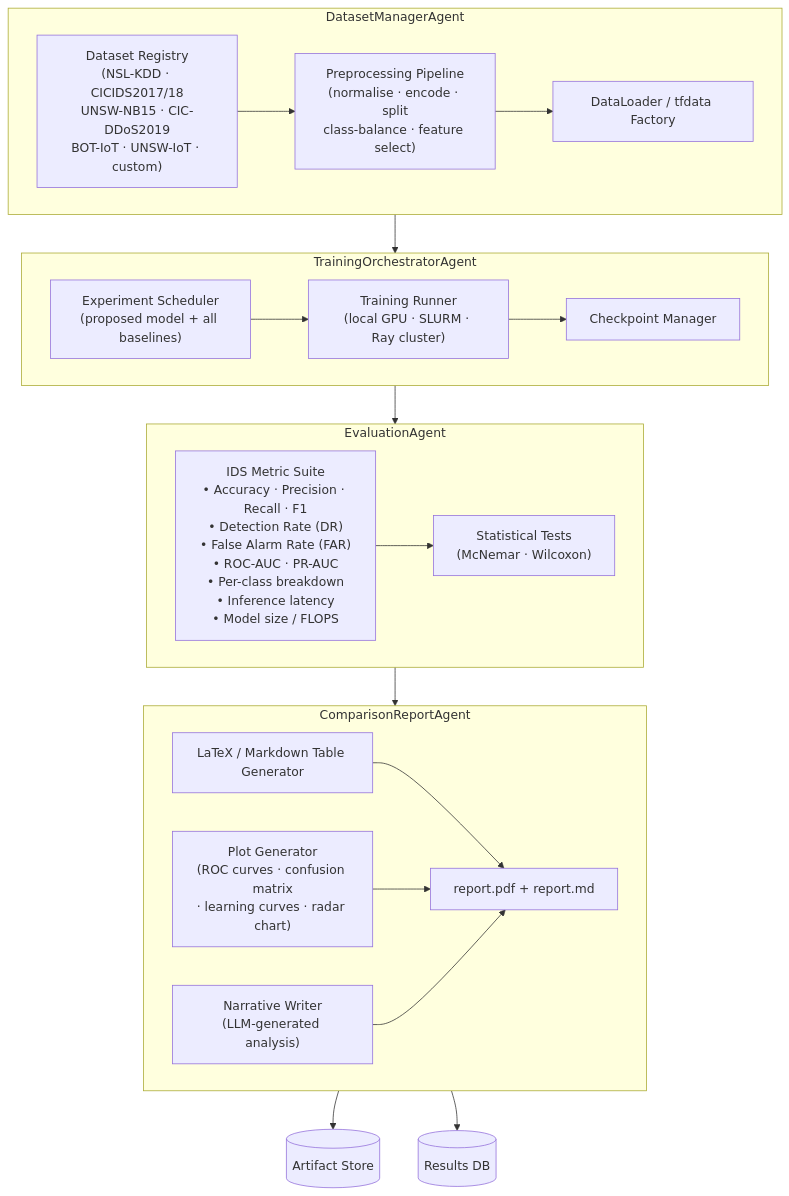
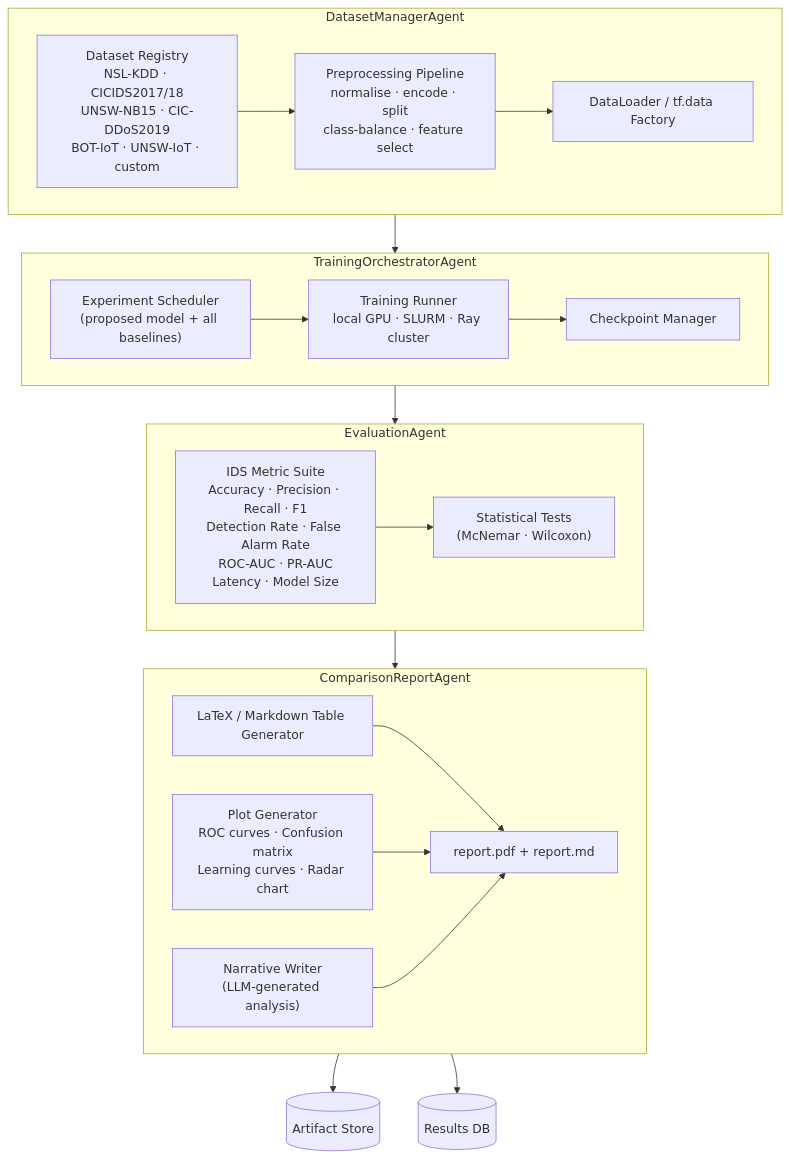
One commit to vegitableoil/my-research-agent changed the fifth of 8 diagrams in ARCHITECTURE.md. Above: the diagram before and after it, drawn with Mermaid. The commit also changed other lines of this file, not shown here.

First line of the commit message:
Fix Mermaid parse errors in ARCHITECTURE.md

````diff
--- a/ARCHITECTURE.md
+++ b/ARCHITECTURE.md
@@ -226,35 +226,35 @@
 ```mermaid
 flowchart TD
     subgraph DatasetManagerAgent
-        DS_REG["Dataset Registry\n(NSL-KDD · CICIDS2017/18\nUNSW-NB15 · CIC-DDoS2019\nBOT-IoT · UNSW-IoT · custom)"]
-        PREPROC["Preprocessing Pipeline\n(normalise · encode · split\nclass-balance · feature select)"]
-        LOADER["DataLoader / tfdata Factory"]
+        DS_REG["Dataset Registry<br/>NSL-KDD · CICIDS2017/18<br/>UNSW-NB15 · CIC-DDoS2019<br/>BOT-IoT · UNSW-IoT · custom"]
+        PREPROC["Preprocessing Pipeline<br/>normalise · encode · split<br/>class-balance · feature select"]
+        LOADER["DataLoader / tf.data Factory"]
         DS_REG --> PREPROC --> LOADER
     end
 
     subgraph TrainingOrchestratorAgent
-        SCHED["Experiment Scheduler\n(proposed model + all baselines)"]
-        RUN["Training Runner\n(local GPU · SLURM · Ray cluster)"]
+        SCHED["Experiment Scheduler<br/>(proposed model + all baselines)"]
+        RUN["Training Runner<br/>local GPU · SLURM · Ray cluster"]
         CKPT["Checkpoint Manager"]
         SCHED --> RUN --> CKPT
     end
 
     subgraph EvaluationAgent
-        METRICS_CALC["IDS Metric Suite\n• Accuracy · Precision · Recall · F1\n• Detection Rate (DR)\n• False Alarm Rate (FAR)\n• ROC-AUC · PR-AUC\n• Per-class breakdown\n• Inference latency\n• Model size / FLOPS"]
-        STAT["Statistical Tests\n(McNemar · Wilcoxon)"]
+        METRICS_CALC["IDS Metric Suite<br/>Accuracy · Precision · Recall · F1<br/>Detection Rate · False Alarm Rate<br/>ROC-AUC · PR-AUC<br/>Latency · Model Size"]
+        STAT["Statistical Tests<br/>(McNemar · Wilcoxon)"]
         METRICS_CALC --> STAT
     end
 
     subgraph ComparisonReportAgent
         TABLE["LaTeX / Markdown Table Generator"]
-        PLOT["Plot Generator\n(ROC curves · confusion matrix\n· learning curves · radar chart)"]
-        NARR["Narrative Writer\n(LLM-generated analysis)"]
+        PLOT["Plot Generator<br/>ROC curves · Confusion matrix<br/>Learning curves · Radar chart"]
+        NARR["Narrative Writer<br/>(LLM-generated analysis)"]
         TABLE & PLOT & NARR --> REPORT_OUT["report.pdf + report.md"]
     end
 
     DatasetManagerAgent --> TrainingOrchestratorAgent
     TrainingOrchestratorAgent --> EvaluationAgent
     EvaluationAgent --> ComparisonReportAgent
-    ComparisonReportAgent --> ART[(Artifact Store)]
-    ComparisonReportAgent --> RELDB[(Results DB)]
+    ComparisonReportAgent --> ART[("Artifact Store")]
+    ComparisonReportAgent --> RELDB[("Results DB")]
 ```
````
